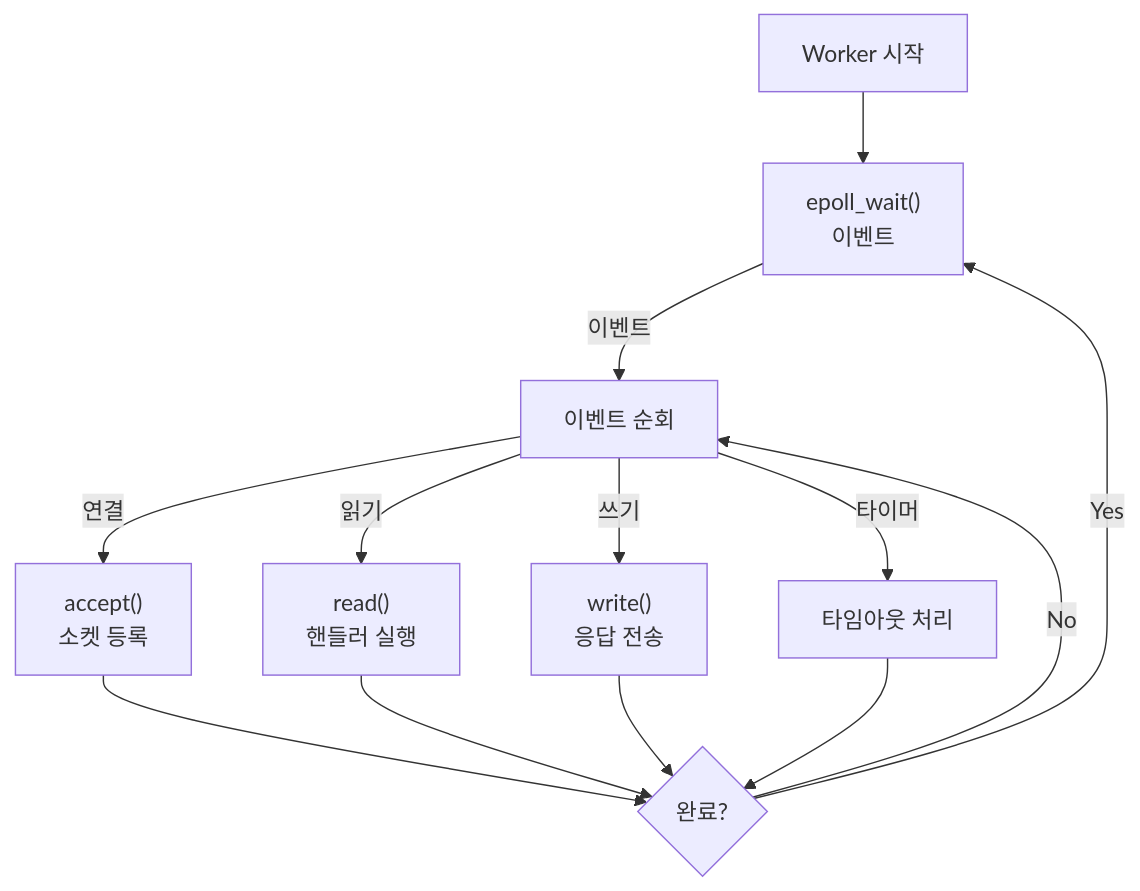
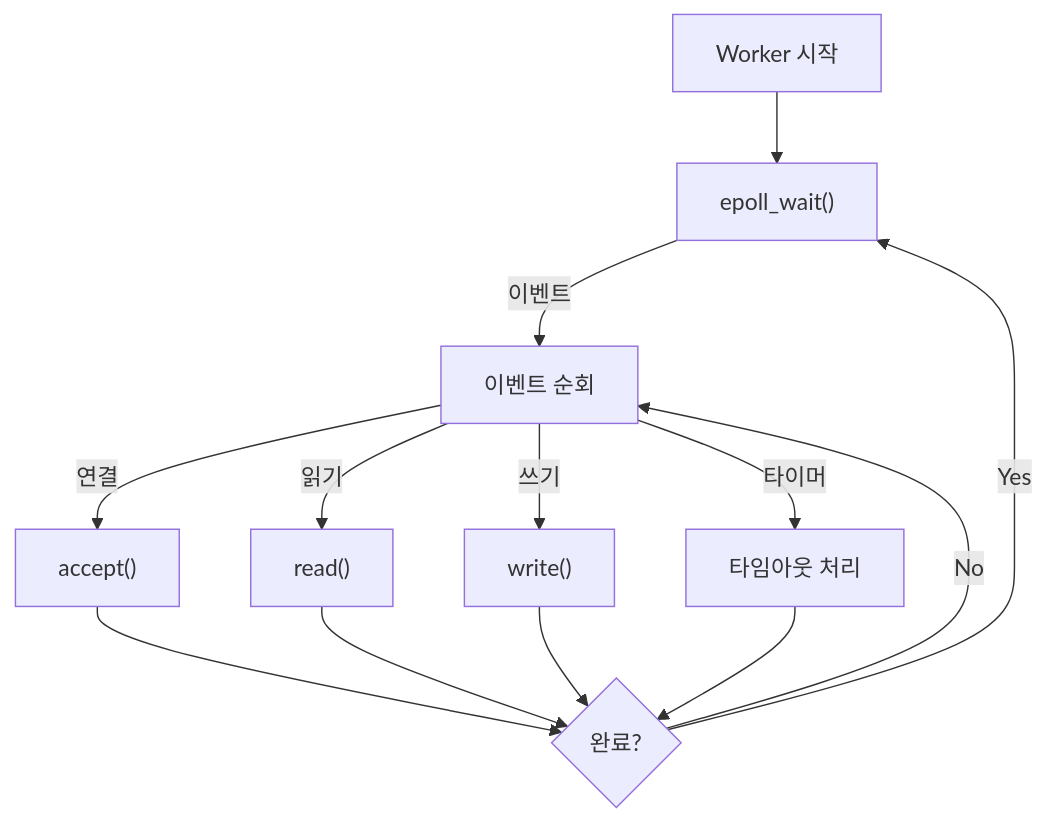
Before and after one commit to yjkim2015/yjkim2015.github.io: the fifth of 18 diagrams in _posts/server/2026-05-01-nginx.md, drawn with Mermaid. The commit also changed other lines of this file and 217 other files, not shown here.

First line of the commit message:
Mermaid 크기 수정: useMaxWidth:true + SVG max-width:100% + 라벨 축소

````diff
--- a/_posts/server/2026-05-01-nginx.md
+++ b/_posts/server/2026-05-01-nginx.md
@@ -130,12 +130,12 @@
 ```mermaid
 graph TD
-    A["Worker 시작"] --> B["epoll_wait()\n이벤트"]
+    A["Worker 시작"] --> B["epoll_wait()"]
     B -->|"이벤트"| C["이벤트 순회"]
-    C -->|"연결"| D["accept()\n소켓 등록"]
-    C -->|"읽기"| E["read()\n핸들러 실행"]
-    C -->|"쓰기"| F["write()\n응답 전송"]
+    C -->|"연결"| D["accept()"]
+    C -->|"읽기"| E["read()"]
+    C -->|"쓰기"| F["write()"]
     C -->|"타이머"| G["타임아웃 처리"]
     D & E & F & G --> H{"완료?"}
     H -->|"No"| C
     H -->|"Yes"| B
 ```
````
